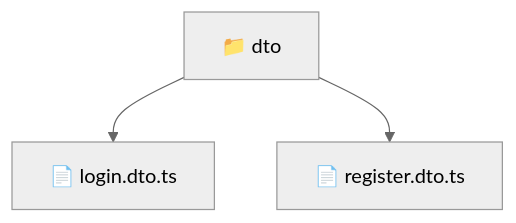
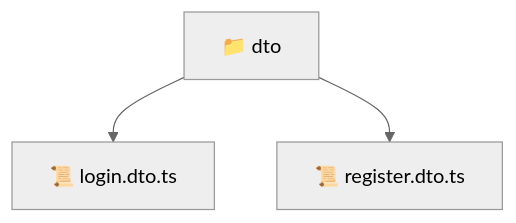
The diagram in backend/src/modules/auth/dto/README.md (beginwebdev2002/fullstack-mavluda), drawn with Mermaid (neutral theme) before and after one commit. The commit also changed other lines of this file and 163 other files, not shown here.

````diff
--- a/backend/src/modules/auth/dto/README.md
+++ b/backend/src/modules/auth/dto/README.md
@@ -9,6 +9,6 @@
 ```mermaid
 graph TD
-  Root["📁 dto"]
-  Root --> login_dto_ts["📄 login.dto.ts"]
-  Root --> register_dto_ts["📄 register.dto.ts"]
+  dto["📁 dto"]
+  dto --> login_dto_ts["📜 login.dto.ts"]
+  dto --> register_dto_ts["📜 register.dto.ts"]
 ```
````
